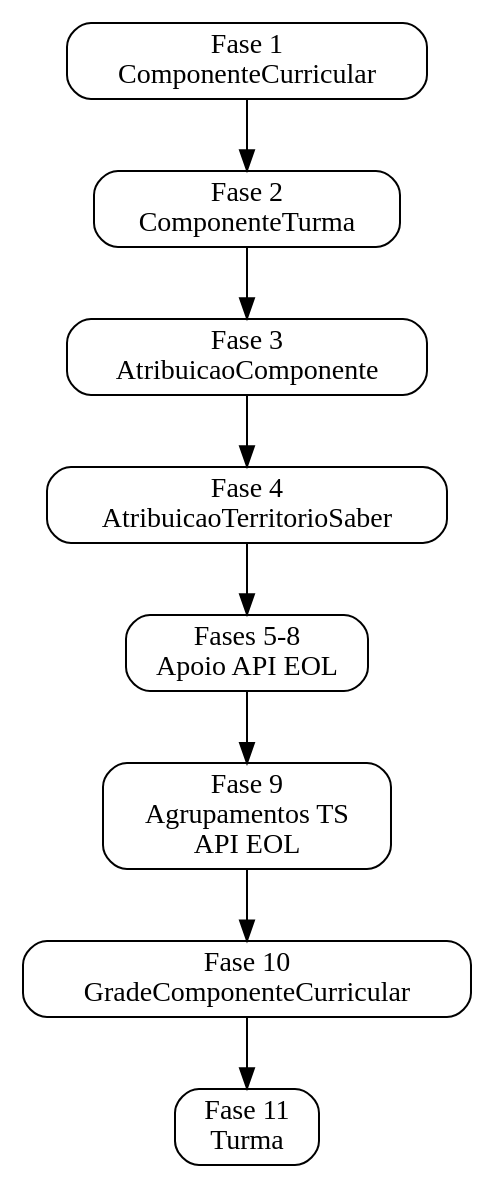
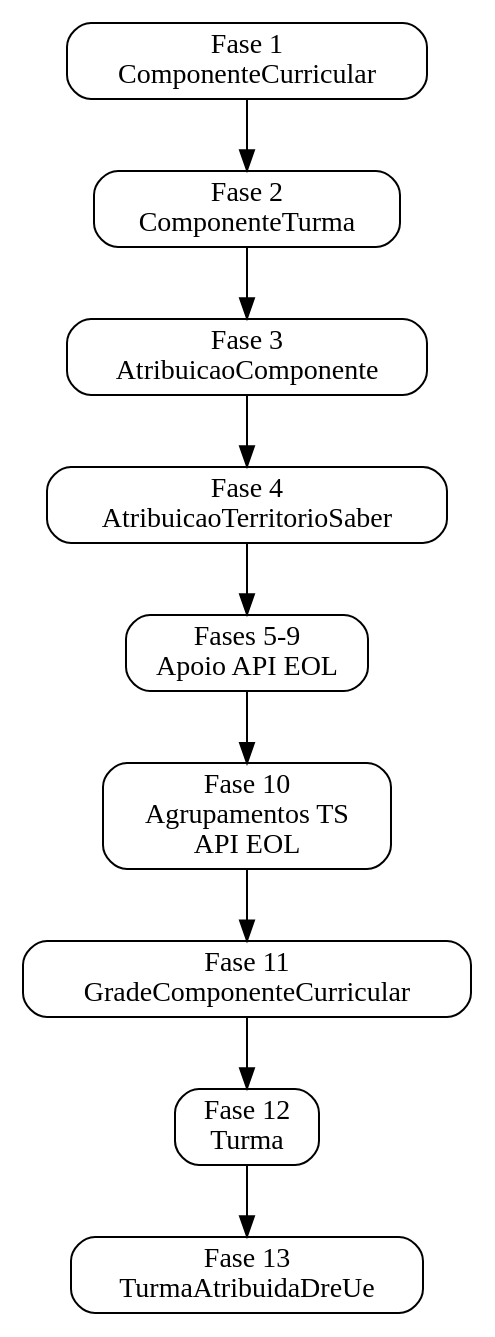
One commit to prefeiturasp/SME-IntegracaoEOL-MS-ETL changed the diagram in docs/dominios/pedagogico/visao_geral.md. Above: the diagram before and after it, drawn with Graphviz. The commit also changed other lines of this file and 17 other files, not shown here.

````diff
--- a/docs/dominios/pedagogico/visao_geral.md
+++ b/docs/dominios/pedagogico/visao_geral.md
@@ -110,17 +117,18 @@
 ```{graphviz}
 digraph G {
     rankdir=TB;
     node [shape=box, style="rounded"];
 
     F1 [label="Fase 1\nComponenteCurricular"];
     F2 [label="Fase 2\nComponenteTurma"];
     F3 [label="Fase 3\nAtribuicaoComponente"];
     F4 [label="Fase 4\nAtribuicaoTerritorioSaber"];
-    F5 [label="Fases 5-8\nApoio API EOL"];
-    F9 [label="Fase 9\nAgrupamentos TS\nAPI EOL"];
-    F10 [label="Fase 10\nGradeComponenteCurricular"];
-    F11 [label="Fase 11\nTurma"];
+    F5 [label="Fases 5-9\nApoio API EOL"];
+    F10 [label="Fase 10\nAgrupamentos TS\nAPI EOL"];
+    F11 [label="Fase 11\nGradeComponenteCurricular"];
+    F12 [label="Fase 12\nTurma"];
+    F13 [label="Fase 13\nTurmaAtribuidaDreUe"];
 
-    F1 -> F2 -> F3 -> F4 -> F5 -> F9 -> F10 -> F11;
+    F1 -> F2 -> F3 -> F4 -> F5 -> F10 -> F11 -> F12 -> F13;
 }
 ```
````
